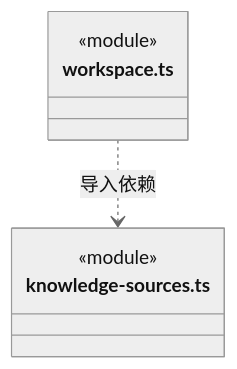
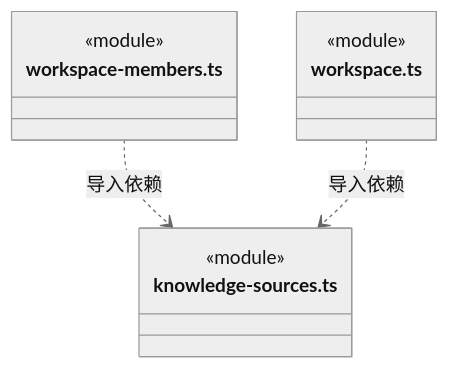
One commit to nan023062/cbim changed diagram 16 of 17 in src/backend/main/workspace/ARCHITECTURE.md. Above: the diagram before and after it, drawn with Mermaid (neutral theme). The commit also changed other lines of this file and 86 other files, not shown here.

````diff
--- a/src/backend/main/workspace/ARCHITECTURE.md
+++ b/src/backend/main/workspace/ARCHITECTURE.md
@@ -361,10 +424,14 @@
 ```mermaid
 classDiagram
-class N_src_backend_main_workspace_workspace_ts["workspace.ts"] {
+class N_src_backend_main_workspace_workspace_members_ts["workspace-members.ts"] {
   <<module>>
 }
 class N_src_backend_main_workspace_knowledge_sources_ts["knowledge-sources.ts"] {
   <<module>>
 }
+class N_src_backend_main_workspace_workspace_ts["workspace.ts"] {
+  <<module>>
+}
+N_src_backend_main_workspace_workspace_members_ts ..> N_src_backend_main_workspace_knowledge_sources_ts : 导入依赖
 N_src_backend_main_workspace_workspace_ts ..> N_src_backend_main_workspace_knowledge_sources_ts : 导入依赖
 ```
````
